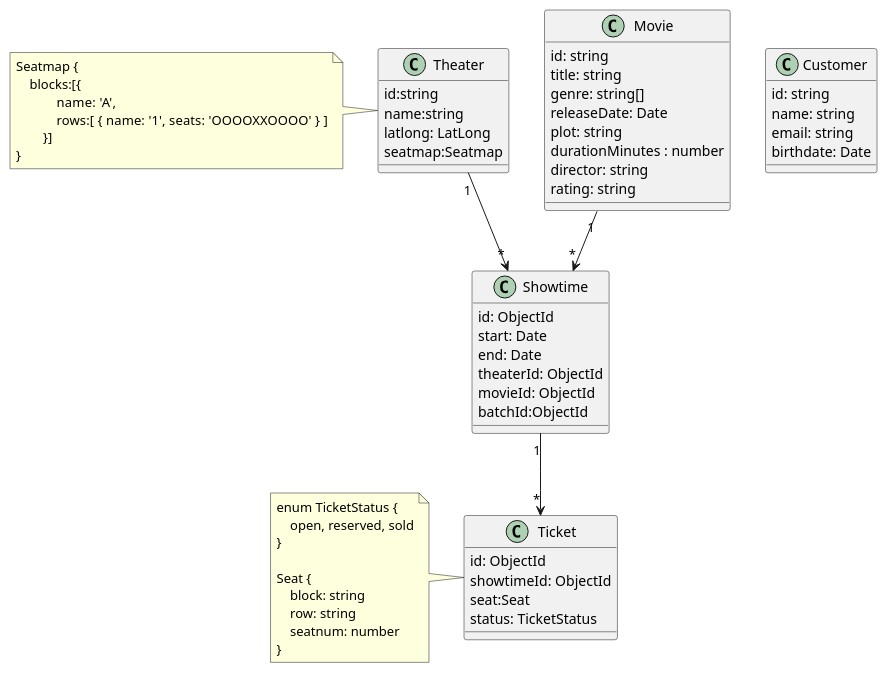
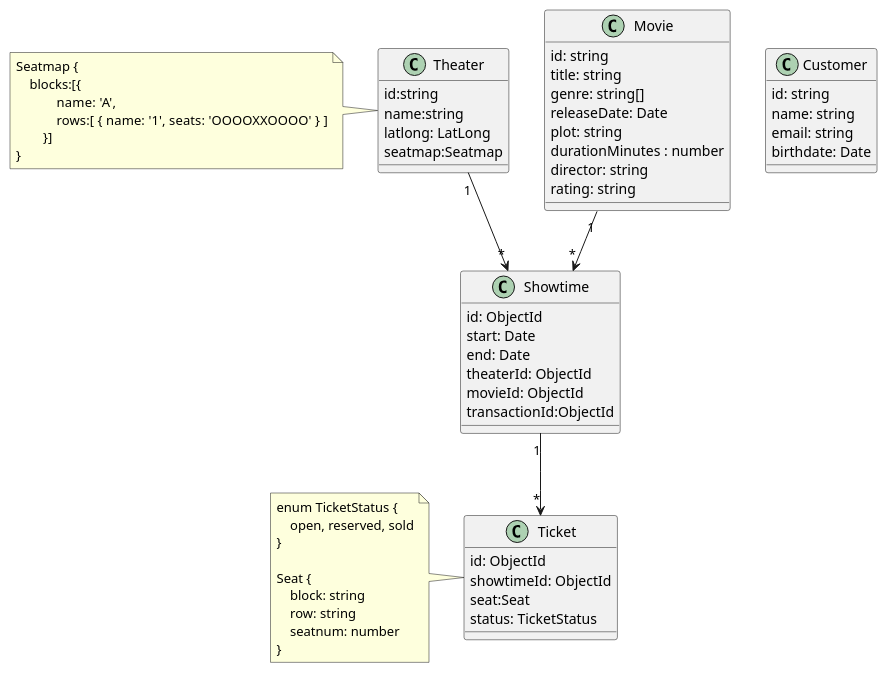
Before and after one commit to songminkyu/nest-msa: the diagram in docs/en/designs/entities.md, drawn with PlantUML. The commit also changed 26 other files, not shown here.

Commit message:
refactor: rename batchId to transactionId for consistency across showtime and ticket services

````diff
--- a/docs/en/designs/entities.md
+++ b/docs/en/designs/entities.md
@@ -15,68 +15,68 @@
 ```plantuml
 @startuml
 class Customer {
     id: string
     name: string
     email: string
     birthdate: Date
 }
 
 class Movie {
     id: string
     title: string
     genre: string[]
     releaseDate: Date
     plot: string
     durationMinutes : number
     director: string
     rating: string
 }
 
 class Theater{
     id:string
     name:string
     latlong: LatLong
     seatmap:Seatmap
 }
 note left
 Seatmap {
     blocks:[{
             name: 'A',
             rows:[ {  name: '1', seats: 'OOOOXXOOOO' } ]
         }]
 }
 end note
 
 class Showtime {
     id: ObjectId
     start: Date
     end: Date
     theaterId: ObjectId
     movieId: ObjectId
-    batchId:ObjectId
+    transactionId:ObjectId
 }
 
 class Ticket {
     id: ObjectId
     showtimeId: ObjectId
     seat:Seat
     status: TicketStatus
 }
 
 note left
 enum TicketStatus {
     open, reserved, sold
 }
 
 Seat {
     block: string
     row: string
     seatnum: number
 }
 end note
 
 Showtime "1" --> "*" Ticket
 Movie "1" --> "*" Showtime
 Theater "1" --> "*" Showtime
 @enduml
 ```
````
